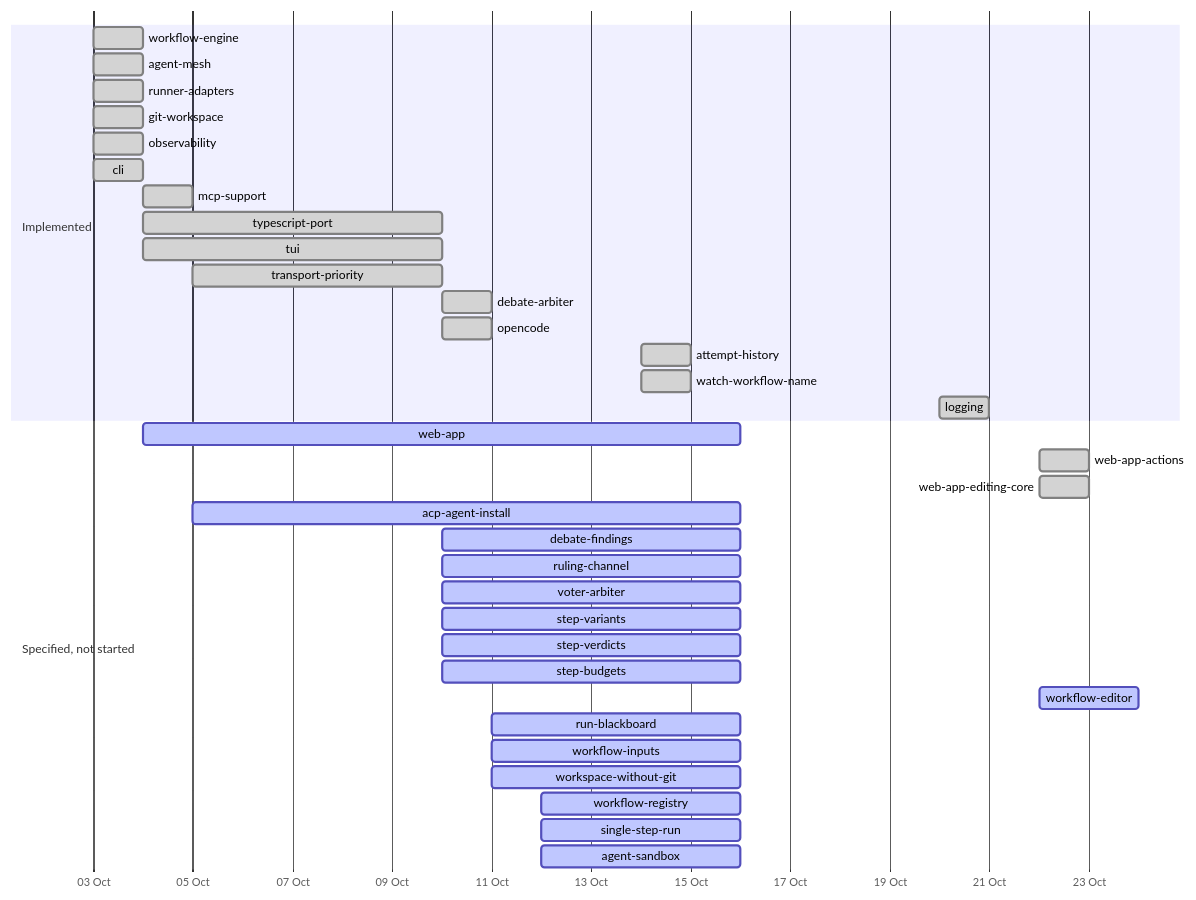
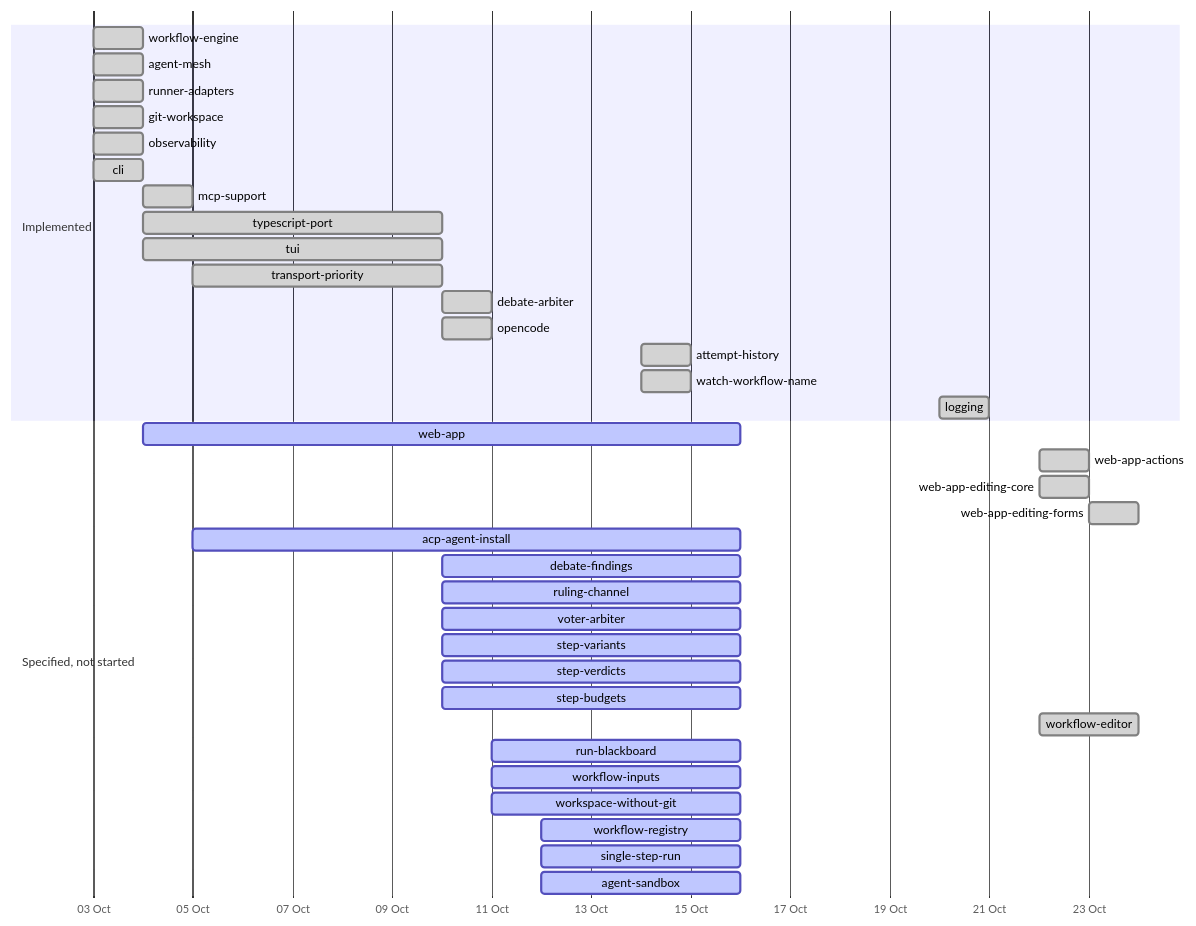
Before and after one commit to yaotzin1/indaba: the second of 2 diagrams in specs/DEPENDENCY_MAP.md, drawn with Mermaid. The commit also changed other lines of this file and 44 other files, not shown here.

First line of the commit message:
feat(web): edit a workflow as a form in indaba ui (step 3b) (#65)

````diff
--- a/specs/DEPENDENCY_MAP.md
+++ b/specs/DEPENDENCY_MAP.md
@@ -71,39 +71,40 @@
 ```mermaid
 gantt
     dateFormat YYYY-MM-DD
     axisFormat %d %b
     section Implemented
     workflow-engine        :done, 2026-10-03, 2026-10-04
     agent-mesh             :done, 2026-10-03, 2026-10-04
     runner-adapters        :done, 2026-10-03, 2026-10-04
     git-workspace          :done, 2026-10-03, 2026-10-04
     observability          :done, 2026-10-03, 2026-10-04
     cli                    :done, 2026-10-03, 2026-10-04
     mcp-support            :done, 2026-10-04, 1d
     typescript-port        :done, 2026-10-04, 2026-10-10
     tui                    :done, 2026-10-04, 2026-10-10
     transport-priority     :done, 2026-10-05, 2026-10-10
     debate-arbiter         :done, 2026-10-10, 1d
     opencode               :done, 2026-10-10, 1d
     attempt-history        :done, 2026-10-14, 1d
     watch-workflow-name    :done, 2026-10-14, 1d
     logging                :done, 2026-10-20, 2026-10-21
     section Specified, not started
     web-app                :active, 2026-10-04, 2026-10-16
     web-app-actions        :done, 2026-10-22, 1d
     web-app-editing-core   :done, 2026-10-22, 1d
+    web-app-editing-forms  :done, 2026-10-23, 1d
     acp-agent-install      :active, 2026-10-05, 2026-10-16
     debate-findings        :active, 2026-10-10, 2026-10-16
     ruling-channel         :active, 2026-10-10, 2026-10-16
     voter-arbiter          :active, 2026-10-10, 2026-10-16
     step-variants          :active, 2026-10-10, 2026-10-16
     step-verdicts          :active, 2026-10-10, 2026-10-16
     step-budgets           :active, 2026-10-10, 2026-10-16
-    workflow-editor        :active, 2026-10-22, 2d
+    workflow-editor        :done, 2026-10-22, 2d
     run-blackboard         :active, 2026-10-11, 2026-10-16
     workflow-inputs        :active, 2026-10-11, 2026-10-16
     workspace-without-git  :active, 2026-10-11, 2026-10-16
     workflow-registry      :active, 2026-10-12, 2026-10-16
     single-step-run        :active, 2026-10-12, 2026-10-16
     agent-sandbox          :active, 2026-10-12, 2026-10-16
 ```
````
